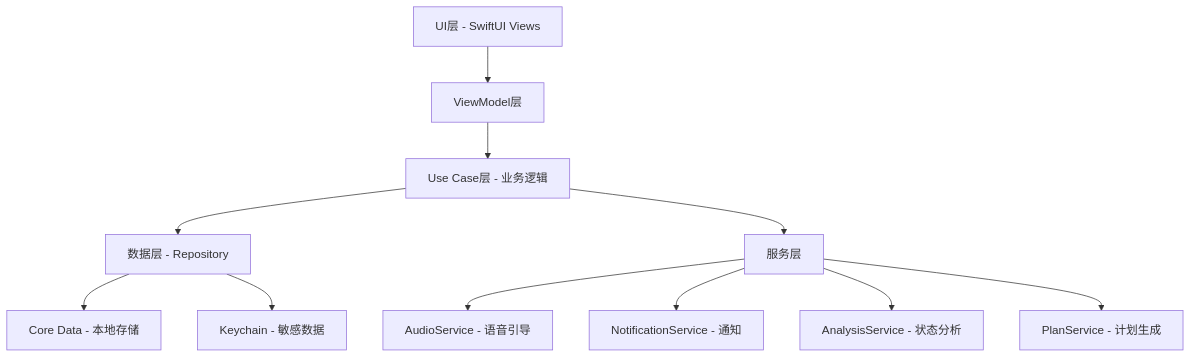
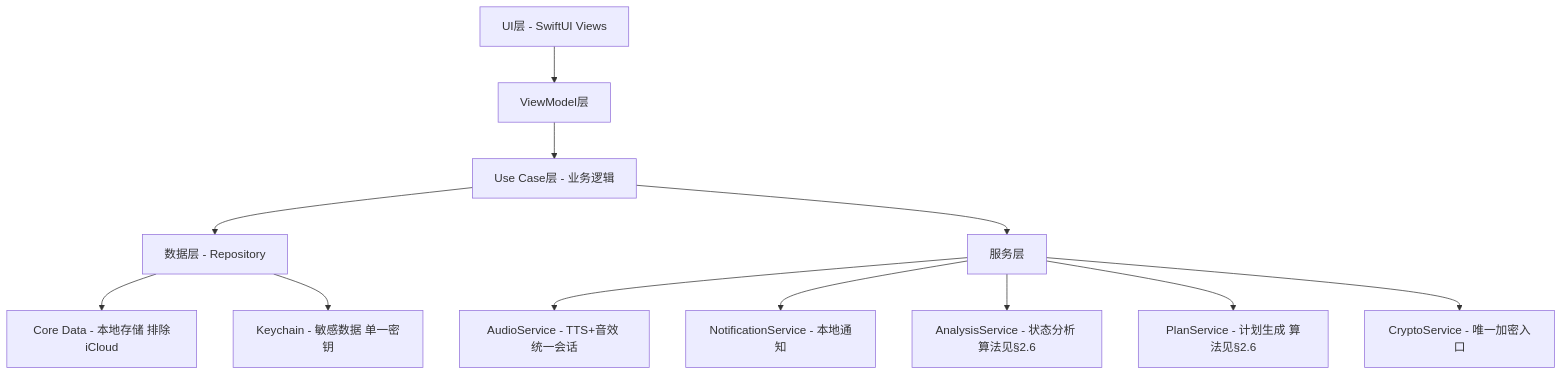
Before and after one commit to Rainny1996/ShaseiControl_Training: the first of 2 diagrams in .joycode/specs/ejaculation-control-training-ios/design.md, drawn with Mermaid. The commit also changed other lines of this file and 26 other files, not shown here.

````diff
--- a/.joycode/specs/ejaculation-control-training-ios/design.md
+++ b/.joycode/specs/ejaculation-control-training-ios/design.md
@@ -19,13 +29,14 @@
 ```mermaid
 graph TB
     A[UI层 - SwiftUI Views] --> B[ViewModel层]
     B --> C[Use Case层 - 业务逻辑]
     C --> D[数据层 - Repository]
-    D --> E[Core Data - 本地存储]
-    D --> F[Keychain - 敏感数据]
+    D --> E[Core Data - 本地存储 排除iCloud]
+    D --> F[Keychain - 敏感数据 单一密钥]
     C --> G[服务层]
-    G --> H[AudioService - 语音引导]
-    G --> I[NotificationService - 通知]
-    G --> J[AnalysisService - 状态分析]
-    G --> K[PlanService - 计划生成]
+    G --> H[AudioService - TTS+音效 统一会话]
+    G --> I[NotificationService - 本地通知]
+    G --> J[AnalysisService - 状态分析 算法见§2.6]
+    G --> K[PlanService - 计划生成 算法见§2.6]
+    G --> L[CryptoService - 唯一加密入口]
 ```
````
